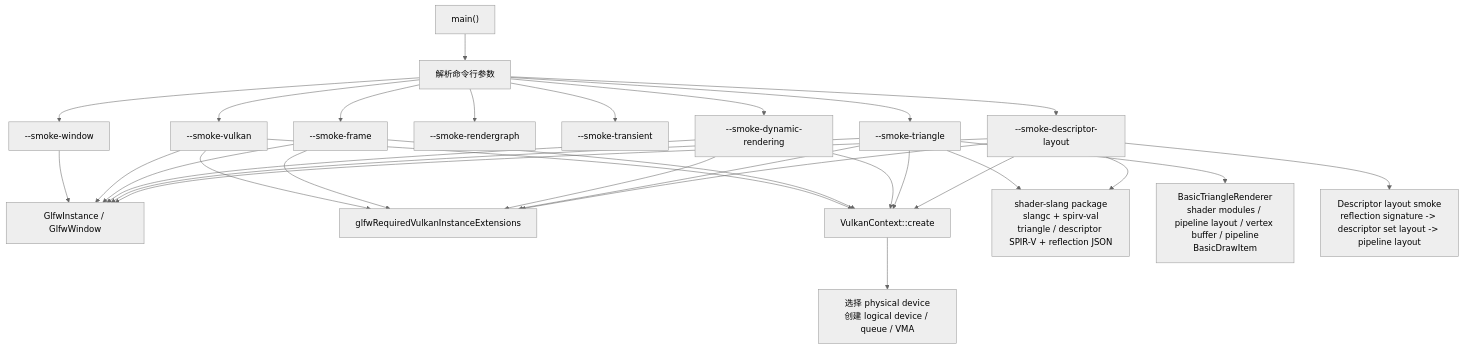
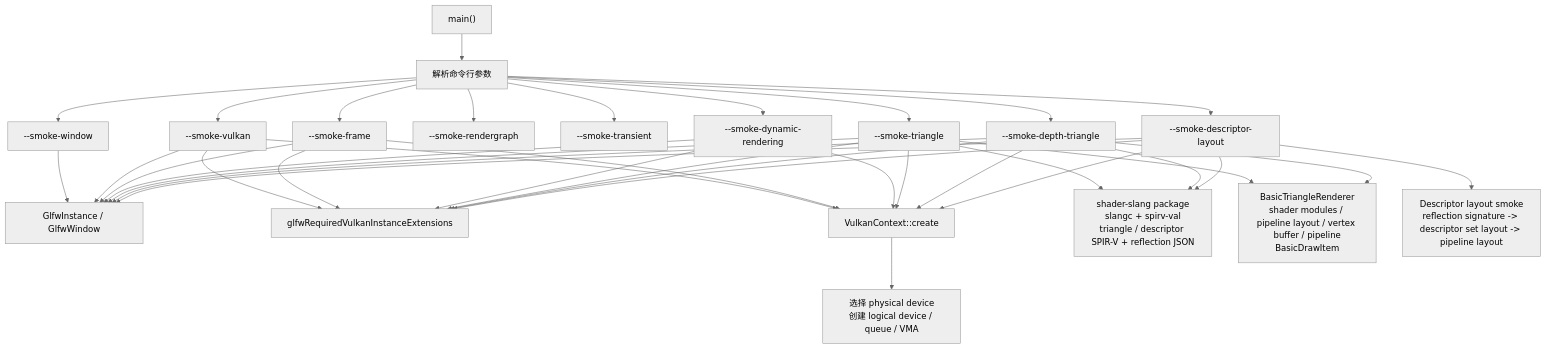
One commit to 66six11/Engine changed the second of 11 diagrams in docs/flow-architecture.md. Above: the diagram before and after it, drawn with Mermaid (neutral theme). The commit also changed other lines of this file and 8 other files, not shown here.

Commit message:
feat: add depth triangle smoke

````diff
--- a/docs/flow-architecture.md
+++ b/docs/flow-architecture.md
@@ -58,51 +58,58 @@
 ```mermaid
 flowchart TD
     Start["main()"]
     Args["解析命令行参数"]
     WindowSmoke["--smoke-window"]
     VulkanSmoke["--smoke-vulkan"]
     FrameSmoke["--smoke-frame"]
     RGSmoke["--smoke-rendergraph"]
     TransientSmoke["--smoke-transient"]
     DynamicSmoke["--smoke-dynamic-rendering"]
     TriangleSmoke["--smoke-triangle"]
+    DepthTriangleSmoke["--smoke-depth-triangle"]
     DescriptorSmoke["--smoke-descriptor-layout"]
     GLFW["GlfwInstance / GlfwWindow"]
     Ext["glfwRequiredVulkanInstanceExtensions"]
     Context["VulkanContext::create"]
     Device["选择 physical device<br/>创建 logical device / queue / VMA"]
     ShaderBuild["shader-slang package<br/>slangc + spirv-val<br/>triangle / descriptor SPIR-V + reflection JSON"]
     RendererObject["BasicTriangleRenderer<br/>shader modules / pipeline layout / vertex buffer / pipeline<br/>BasicDrawItem"]
     DescriptorLayout["Descriptor layout smoke<br/>reflection signature -> descriptor set layout -> pipeline layout"]
 
     Start --> Args
     Args --> WindowSmoke
     Args --> VulkanSmoke
     Args --> FrameSmoke
     Args --> RGSmoke
     Args --> TransientSmoke
     Args --> DynamicSmoke
     Args --> TriangleSmoke
+    Args --> DepthTriangleSmoke
     Args --> DescriptorSmoke
     WindowSmoke --> GLFW
     VulkanSmoke --> GLFW
     VulkanSmoke --> Ext
     VulkanSmoke --> Context
     FrameSmoke --> GLFW
     FrameSmoke --> Ext
     FrameSmoke --> Context
     DynamicSmoke --> GLFW
     DynamicSmoke --> Ext
     DynamicSmoke --> Context
     TriangleSmoke --> GLFW
     TriangleSmoke --> Ext
     TriangleSmoke --> Context
     TriangleSmoke --> ShaderBuild
     TriangleSmoke --> RendererObject
+    DepthTriangleSmoke --> GLFW
+    DepthTriangleSmoke --> Ext
+    DepthTriangleSmoke --> Context
+    DepthTriangleSmoke --> ShaderBuild
+    DepthTriangleSmoke --> RendererObject
     DescriptorSmoke --> GLFW
     DescriptorSmoke --> Ext
     DescriptorSmoke --> Context
     DescriptorSmoke --> ShaderBuild
     DescriptorSmoke --> DescriptorLayout
     Context --> Device
 ```
````
